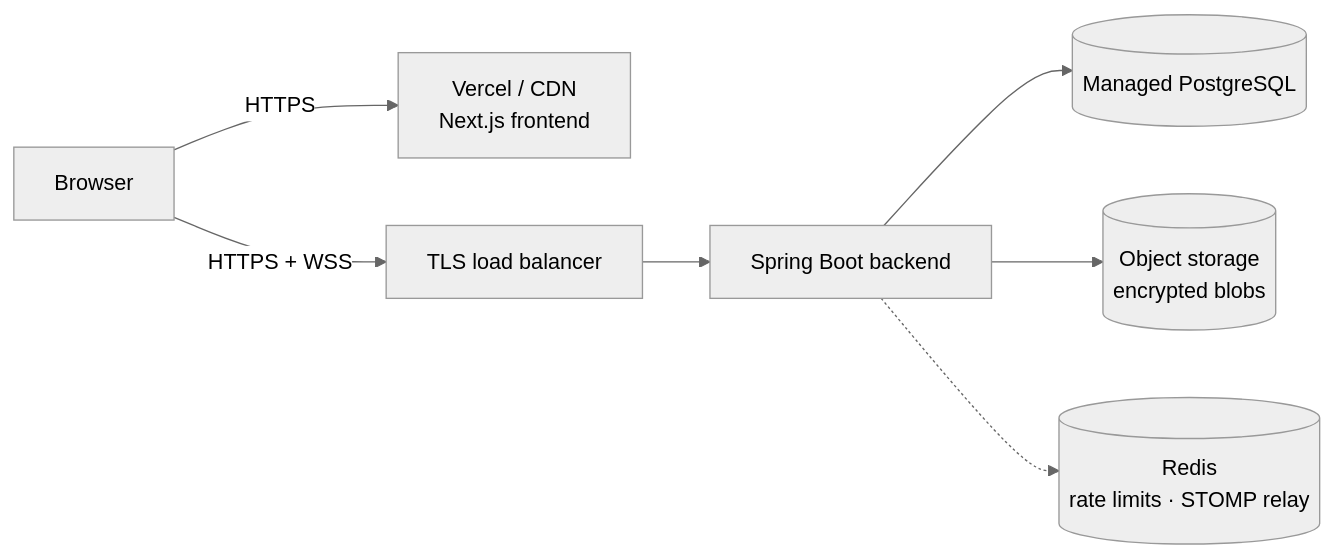
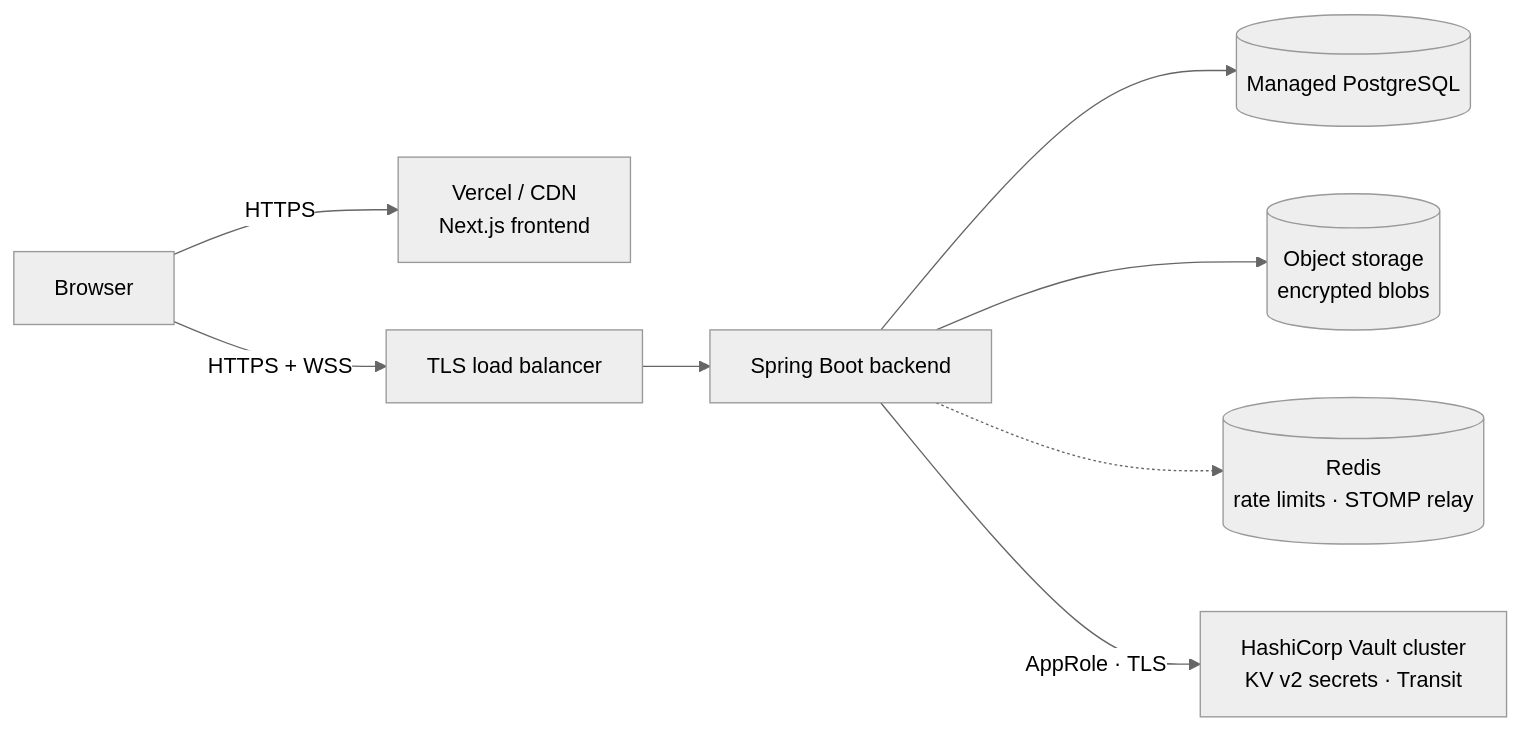
The diagram in DEPLOYMENT_AND_SUGGESTIONS.md (DeNoella/cipherchat), drawn with Mermaid (neutral theme) before and after one commit. The commit also changed other lines of this file and 7 other files, not shown here.

````diff
--- a/DEPLOYMENT_AND_SUGGESTIONS.md
+++ b/DEPLOYMENT_AND_SUGGESTIONS.md
@@ -11,9 +11,10 @@
 ```mermaid
 flowchart LR
     U[Browser] -- HTTPS --> CDN[Vercel / CDN<br/>Next.js frontend]
     U -- HTTPS + WSS --> LB[TLS load balancer]
     LB --> BE1[Spring Boot backend]
     BE1 --> PG[(Managed PostgreSQL)]
     BE1 --> OS[(Object storage<br/>encrypted blobs)]
     BE1 -.-> R[(Redis<br/>rate limits · STOMP relay)]
+    BE1 -- "AppRole · TLS" --> V[HashiCorp Vault cluster<br/>KV v2 secrets · Transit]
 ```
````
